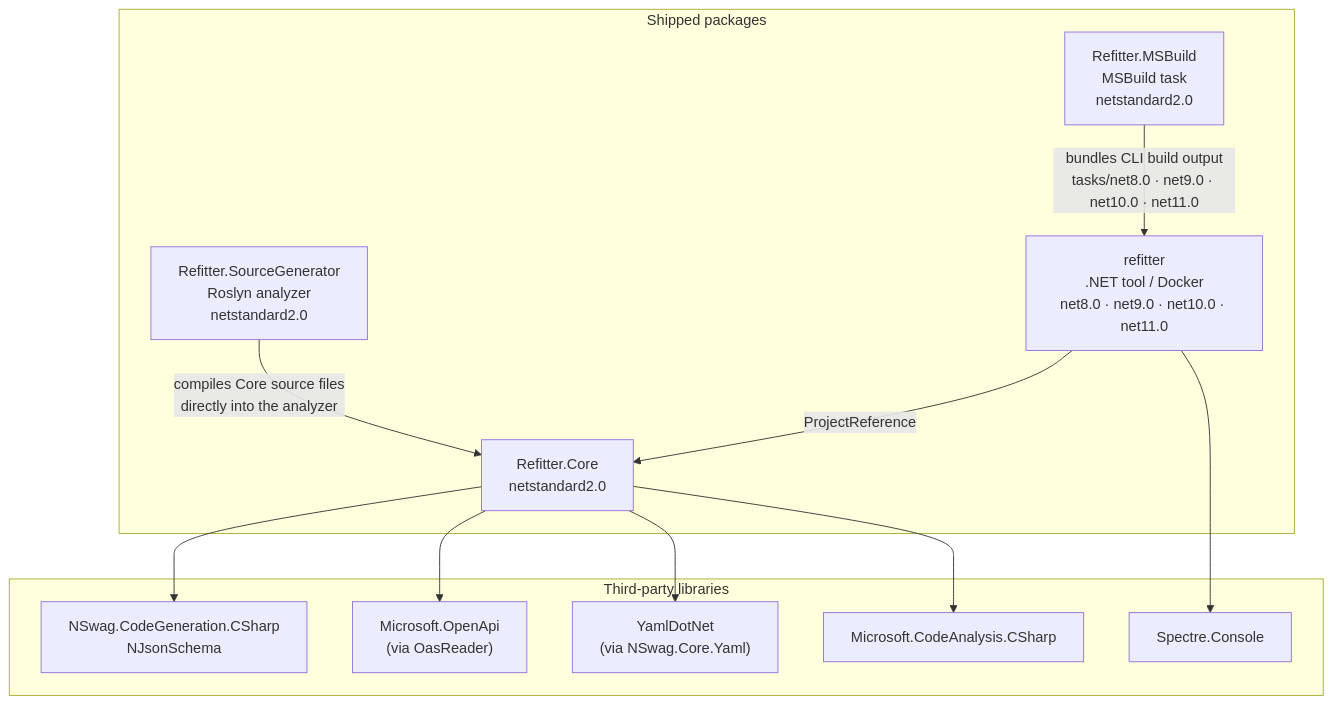
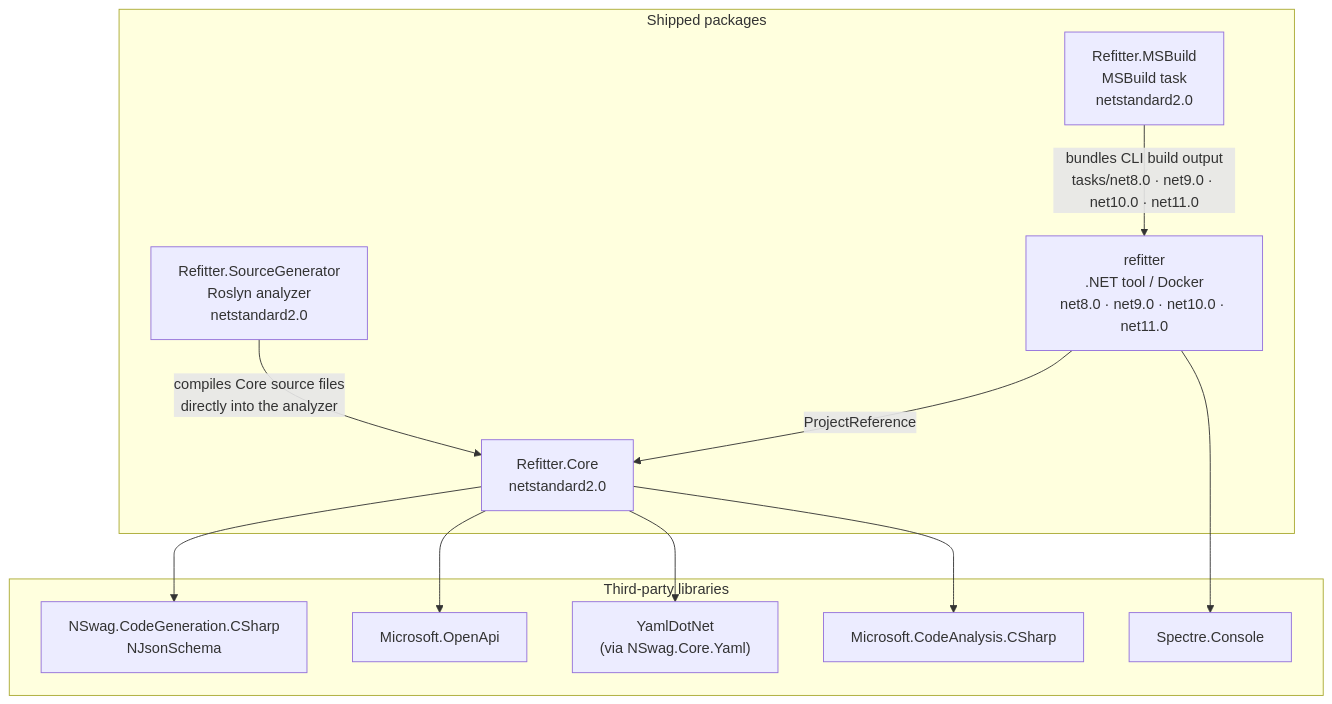
The first of 2 diagrams in docs/docfx_project/articles/technical/architecture.md (christianhelle/refitter), drawn with Mermaid before and after one commit. The commit also changed other lines of this file and 2 other files, not shown here.

Commit message:
Document that validation and generation share one document set

````diff
--- a/docs/docfx_project/articles/technical/architecture.md
+++ b/docs/docfx_project/articles/technical/architecture.md
@@ -27,27 +27,27 @@
 ```mermaid
 flowchart TB
     subgraph Packages["Shipped packages"]
         CLI["refitter<br/>.NET tool / Docker<br/>net8.0 · net9.0 · net10.0 · net11.0"]
         MSB["Refitter.MSBuild<br/>MSBuild task<br/>netstandard2.0"]
         SG["Refitter.SourceGenerator<br/>Roslyn analyzer<br/>netstandard2.0"]
         CORE["Refitter.Core<br/>netstandard2.0"]
     end
 
     CLI -- "ProjectReference" --> CORE
     MSB -- "bundles CLI build output<br/>tasks/net8.0 · net9.0 · net10.0 · net11.0" --> CLI
     SG -- "compiles Core source files<br/>directly into the analyzer" --> CORE
 
     subgraph Libraries["Third-party libraries"]
         NSWAG["NSwag.CodeGeneration.CSharp<br/>NJsonSchema"]
-        MSOAI["Microsoft.OpenApi<br/>(via OasReader)"]
+        MSOAI["Microsoft.OpenApi"]
         YAML["YamlDotNet<br/>(via NSwag.Core.Yaml)"]
         ROSLYN["Microsoft.CodeAnalysis.CSharp"]
         SPECTRE["Spectre.Console"]
     end
 
     CORE --> NSWAG
     CORE --> MSOAI
     CORE --> YAML
     CORE --> ROSLYN
     CLI --> SPECTRE
 ```
````
